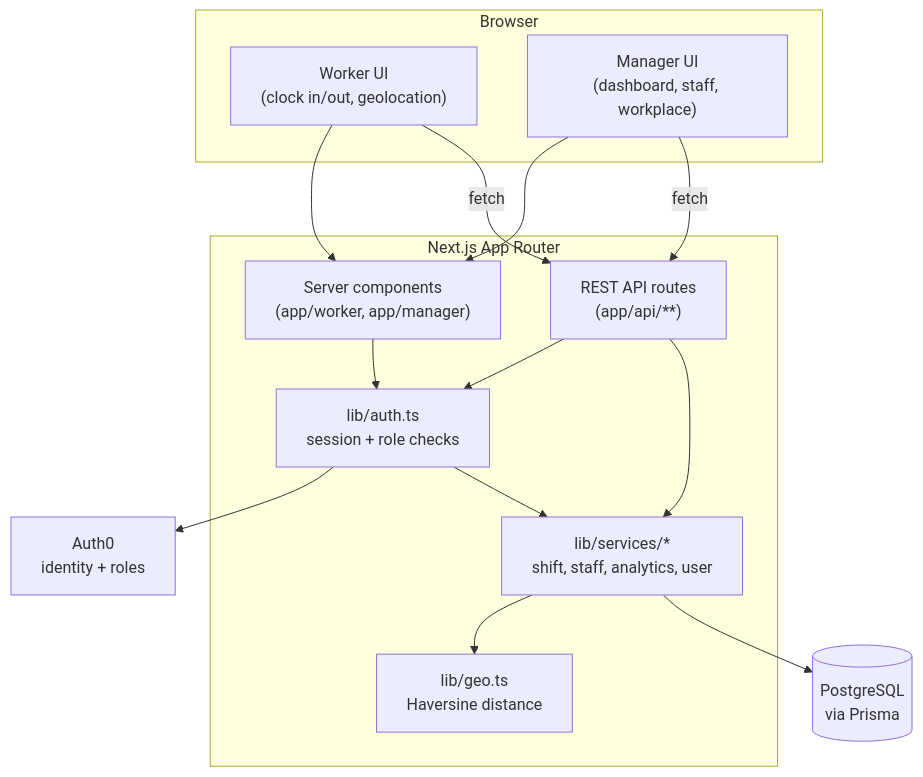
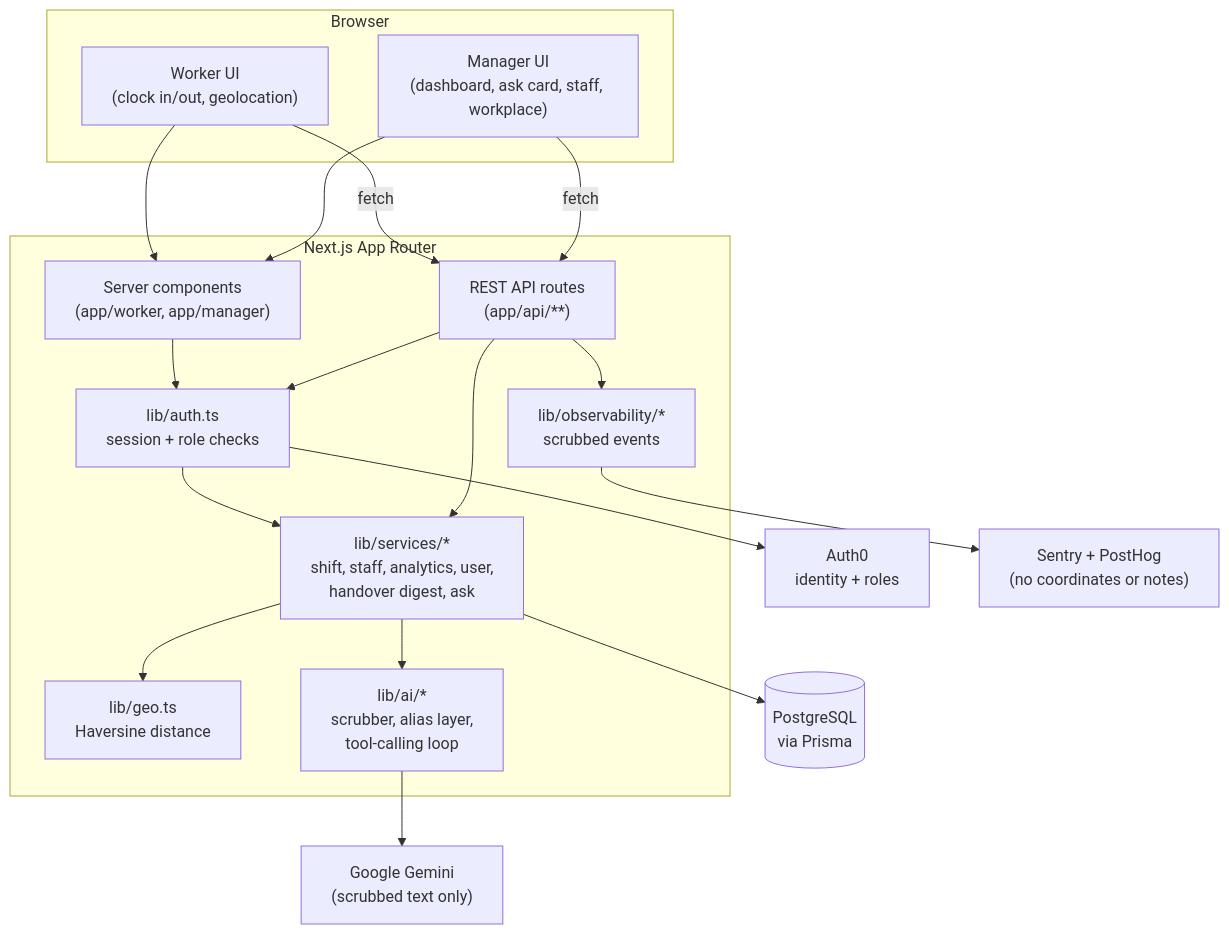
One commit to arkaslittlemind/ShiftBeacon changed the first of 2 diagrams in README.md. Above: the diagram before and after it, drawn with Mermaid. The commit also changed other lines of this file, not shown here.

````diff
--- a/README.md
+++ b/README.md
@@ -63,32 +74,40 @@
 ```mermaid
 flowchart TB
     subgraph Client["Browser"]
         WorkerUI["Worker UI\n(clock in/out, geolocation)"]
-        ManagerUI["Manager UI\n(dashboard, staff, workplace)"]
+        ManagerUI["Manager UI\n(dashboard, ask card, staff, workplace)"]
     end
 
     subgraph Next["Next.js App Router"]
         Pages["Server components\n(app/worker, app/manager)"]
         API["REST API routes\n(app/api/**)"]
         AuthLib["lib/auth.ts\nsession + role checks"]
-        Services["lib/services/*\nshift, staff, analytics, user"]
+        Services["lib/services/*\nshift, staff, analytics, user,\nhandover digest, ask"]
         Geo["lib/geo.ts\nHaversine distance"]
+        AI["lib/ai/*\nscrubber, alias layer,\ntool-calling loop"]
+        Obs["lib/observability/*\nscrubbed events"]
     end
 
     Auth0["Auth0\nidentity + roles"]
     DB[("PostgreSQL\nvia Prisma")]
+    Gemini["Google Gemini\n(scrubbed text only)"]
+    Monitoring["Sentry + PostHog\n(no coordinates or notes)"]
 
     WorkerUI --> Pages
     ManagerUI --> Pages
     WorkerUI -- "fetch" --> API
     ManagerUI -- "fetch" --> API
 
     Pages --> AuthLib
     API --> AuthLib
     AuthLib --> Auth0
     AuthLib --> Services
 
     API --> Services
     Services --> Geo
     Services --> DB
+    Services --> AI
+    AI --> Gemini
+    API --> Obs
+    Obs --> Monitoring
 ```
````
